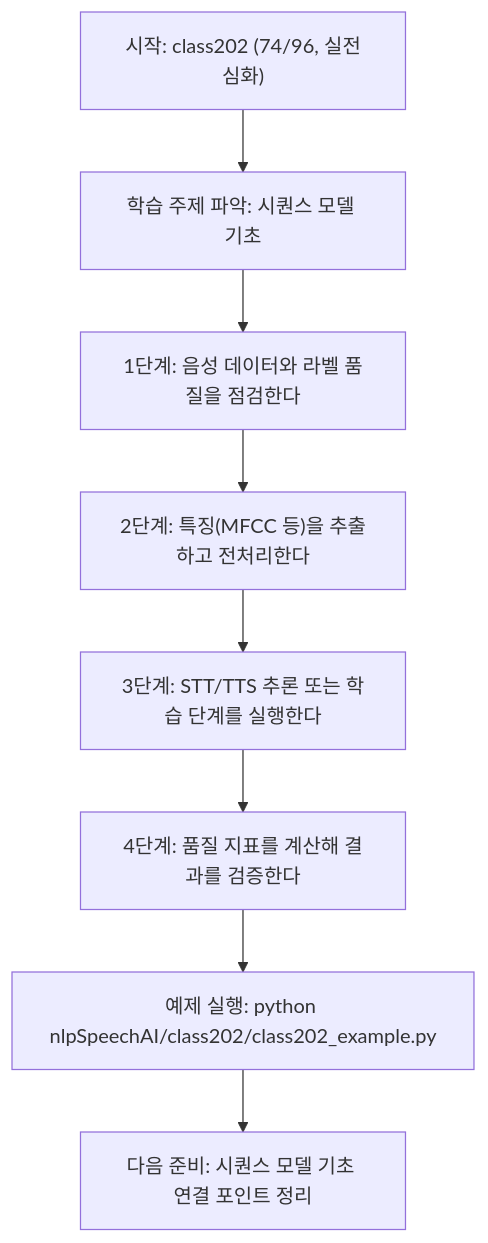
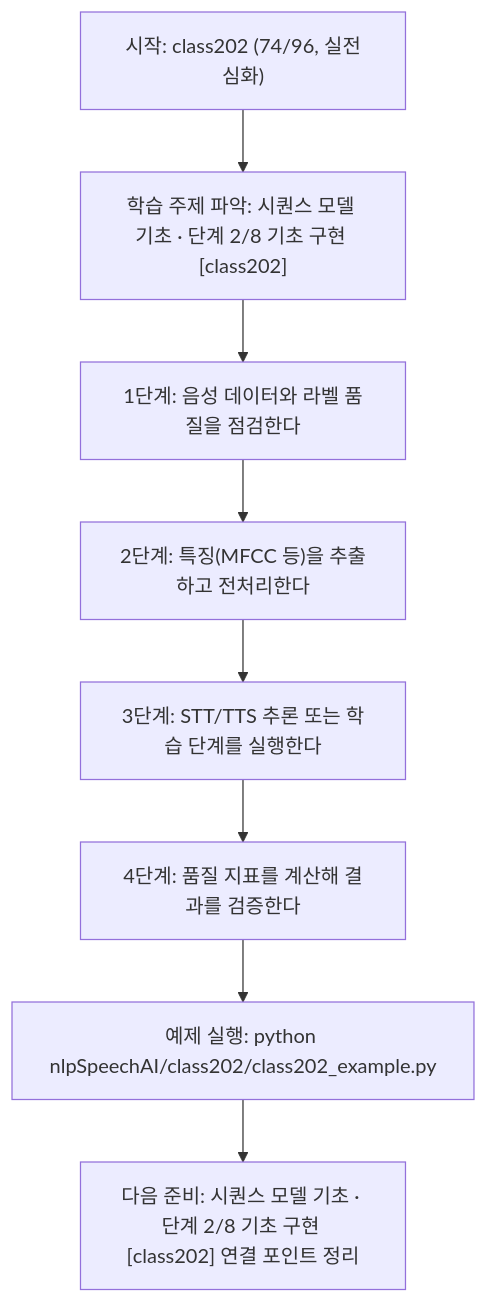
The diagram in nlpSpeechAI/class202/class202.md (edumgt/Python-AI_Agent-Class), drawn with Mermaid before and after one commit. The commit also changed other lines of this file and 522 other files, not shown here.

````diff
--- a/nlpSpeechAI/class202/class202.md
+++ b/nlpSpeechAI/class202/class202.md
@@ -113,18 +114,18 @@
 ```mermaid
 flowchart TD
 N1["시작: class202 (74/96, 실전심화)"]
-N2["학습 주제 파악: 시퀀스 모델 기초"]
+N2["학습 주제 파악: 시퀀스 모델 기초 · 단계 2/8 기초 구현 [class202]"]
 N3["1단계: 음성 데이터와 라벨 품질을 점검한다"]
 N4["2단계: 특징(MFCC 등)을 추출하고 전처리한다"]
 N5["3단계: STT/TTS 추론 또는 학습 단계를 실행한다"]
 N6["4단계: 품질 지표를 계산해 결과를 검증한다"]
 N7["예제 실행: python nlpSpeechAI/class202/class202_example.py"]
-N8["다음 준비: 시퀀스 모델 기초 연결 포인트 정리"]
+N8["다음 준비: 시퀀스 모델 기초 · 단계 2/8 기초 구현 [class202] 연결 포인트 정리"]
 N1 --> N2
 N2 --> N3
 N3 --> N4
 N4 --> N5
 N5 --> N6
 N6 --> N7
 N7 --> N8
 ```
````
